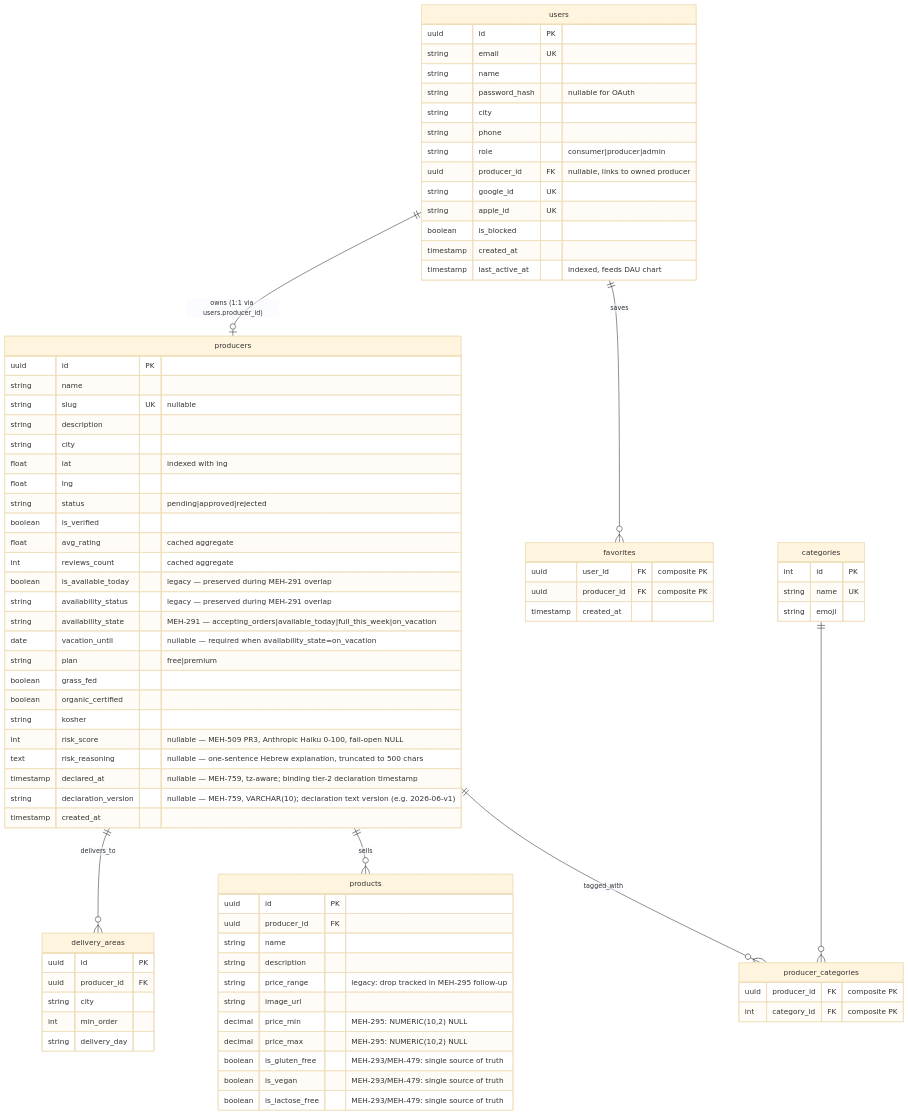
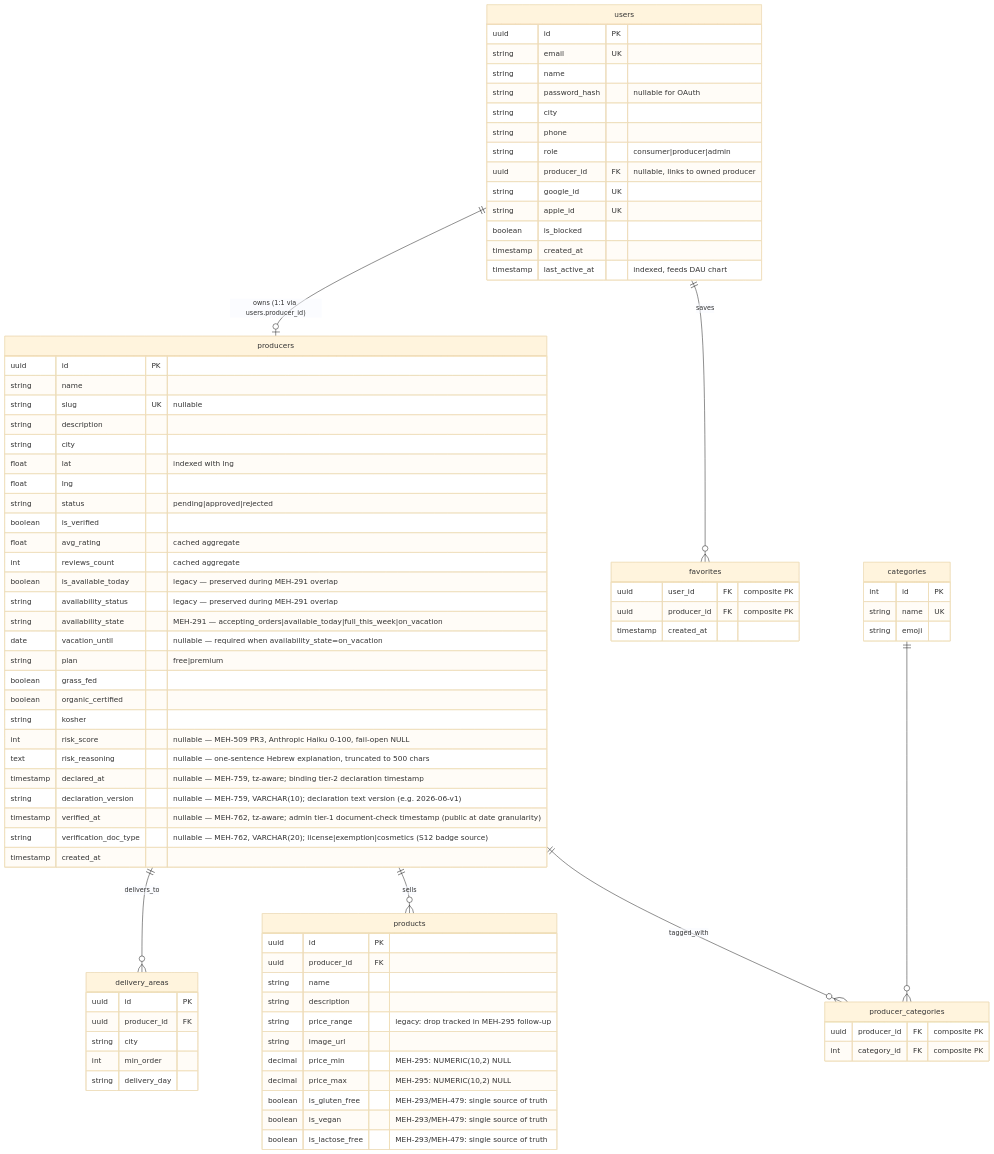
One commit to levismadar80-ship-it/FoodMamkor changed the first of 4 diagrams in .ai/diagrams/db-schema.md. Above: the diagram before and after it, drawn with Mermaid (base theme). The commit also changed 2 other files, not shown here.

First paragraph of the commit message:
feat(MEH-762): chunk 1 — verified_at + verification_doc_type (Alembic expand)
ADR-022 public tier contract, Stage 2 Chunk 1. Adds the tier-1 "מאומת"
verification trail to the Producer ORM + docs (expand-only, ADR-007).

```diff
--- a/.ai/diagrams/db-schema.md
+++ b/.ai/diagrams/db-schema.md
@@ -61,6 +61,8 @@
         text risk_reasoning "nullable — one-sentence Hebrew explanation, truncated to 500 chars"
         timestamp declared_at "nullable — MEH-759, tz-aware; binding tier-2 declaration timestamp"
         string declaration_version "nullable — MEH-759, VARCHAR(10); declaration text version (e.g. 2026-06-v1)"
+        timestamp verified_at "nullable — MEH-762, tz-aware; admin tier-1 document-check timestamp (public at date granularity)"
+        string verification_doc_type "nullable — MEH-762, VARCHAR(20); license|exemption|cosmetics (S12 badge source)"
         timestamp created_at
     }
 
```
